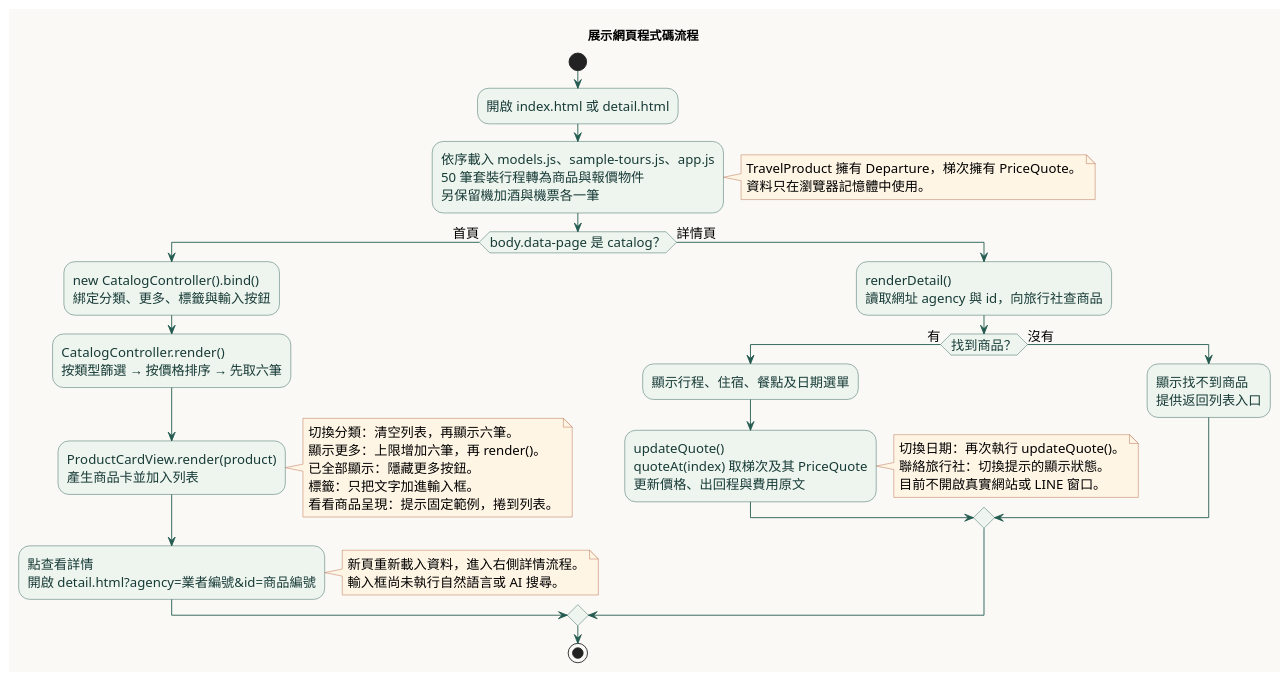
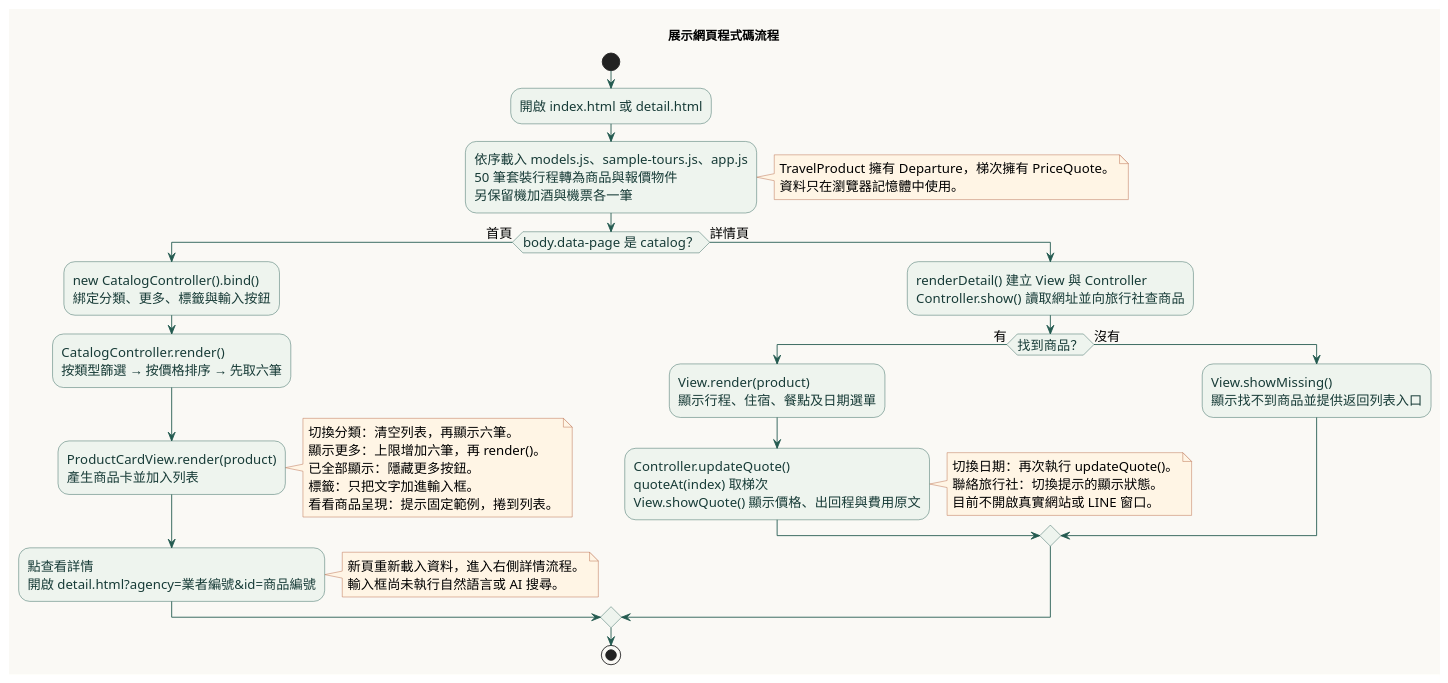
The diagram in 作業區/獨立展示/程式碼流程圖.puml (buhaw7w/desktop-tutorial), drawn with PlantUML before and after one commit. The commit also changed 11 other files, not shown here.

Commit message:
補上日期報價的 MVC 循序圖與對應介面控制類別

```diff
--- a/作業區/獨立展示/程式碼流程圖.puml
+++ b/作業區/獨立展示/程式碼流程圖.puml
@@ -1,52 +1,52 @@
 @startuml CodeFlow
 ' 中文說明：依目前 app.js 繪製首次載入與事件處理；沒有後端或 AI 呼叫。
 title 展示網頁程式碼流程
 skinparam defaultFontName Microsoft JhengHei
 skinparam defaultFontSize 15
 skinparam shadowing false
 skinparam backgroundColor #FAF9F5
 skinparam activityBackgroundColor #EEF4EE
 skinparam activityBorderColor #245B50
 skinparam activityFontColor #173B37
 skinparam ArrowColor #245B50
 skinparam noteBackgroundColor #FFF5E5
 skinparam noteBorderColor #B3613E
 start
 :開啟 index.html 或 detail.html;
 :依序載入 models.js、sample-tours.js、app.js\n50 筆套裝行程轉為商品與報價物件\n另保留機加酒與機票各一筆;
 note right
   TravelProduct 擁有 Departure，梯次擁有 PriceQuote。
   資料只在瀏覽器記憶體中使用。
 end note
 if (body.data-page 是 catalog？) then (首頁)
   :new CatalogController().bind()\n綁定分類、更多、標籤與輸入按鈕;
   :CatalogController.render()\n按類型篩選 → 按價格排序 → 先取六筆;
   :ProductCardView.render(product)\n產生商品卡並加入列表;
   note right
     切換分類：清空列表，再顯示六筆。
     顯示更多：上限增加六筆，再 render()。
     已全部顯示：隱藏更多按鈕。
     標籤：只把文字加進輸入框。
     看看商品呈現：提示固定範例，捲到列表。
   end note
   :點查看詳情\n開啟 detail.html?agency=業者編號&id=商品編號;
   note right
     新頁重新載入資料，進入右側詳情流程。
     輸入框尚未執行自然語言或 AI 搜尋。
   end note
 else (詳情頁)
-  :renderDetail()\n讀取網址 agency 與 id，向旅行社查商品;
+  :renderDetail() 建立 View 與 Controller\nController.show() 讀取網址並向旅行社查商品;
   if (找到商品？) then (有)
-    :顯示行程、住宿、餐點及日期選單;
-    :updateQuote()\nquoteAt(index) 取梯次及其 PriceQuote\n更新價格、出回程與費用原文;
+    :View.render(product)\n顯示行程、住宿、餐點及日期選單;
+    :Controller.updateQuote()\nquoteAt(index) 取梯次\nView.showQuote() 顯示價格、出回程與費用原文;
     note right
       切換日期：再次執行 updateQuote()。
       聯絡旅行社：切換提示的顯示狀態。
       目前不開啟真實網站或 LINE 窗口。
     end note
   else (沒有)
-    :顯示找不到商品\n提供返回列表入口;
+    :View.showMissing()\n顯示找不到商品並提供返回列表入口;
   endif
 endif
 stop
 @enduml
```
